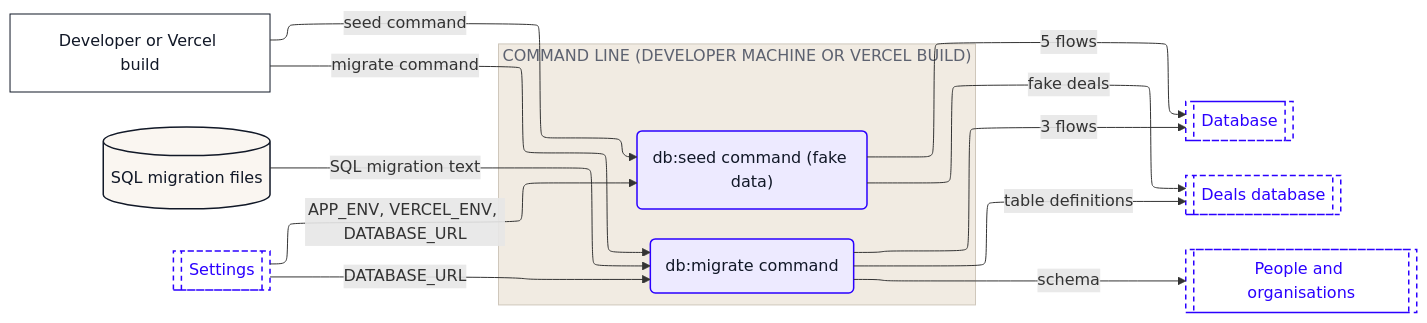
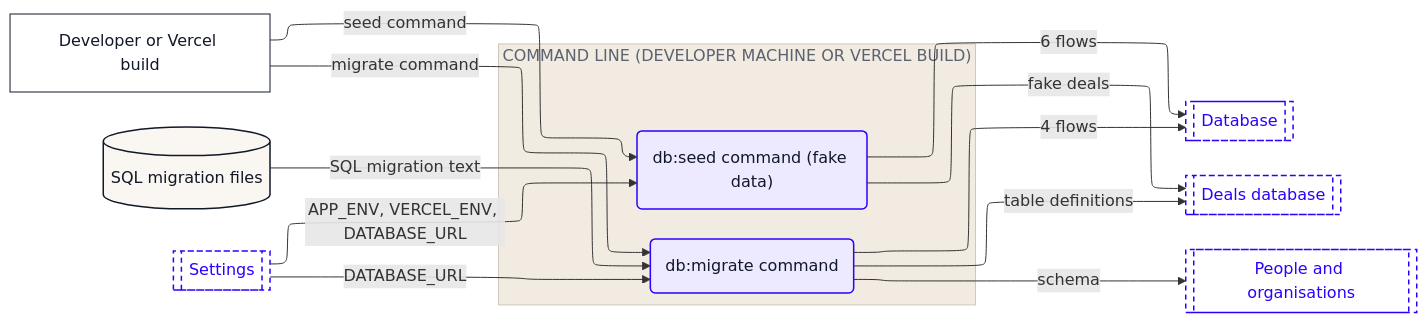
Before and after one commit to Romain-Perche/Barnacle-Pipe: the fourth of 10 diagrams in dataflow/DATAFLOW.md, drawn with Mermaid. The commit also changed other lines of this file and 11 other files, not shown here.

````diff
--- a/dataflow/DATAFLOW.md
+++ b/dataflow/DATAFLOW.md
@@ -216,38 +217,38 @@
 ```mermaid
 ---
 config:
   layout: elk
 ---
 flowchart LR
     n1["Developer or Vercel build"]
     n2[("SQL migration files")]
     subgraph z1["COMMAND LINE (DEVELOPER MACHINE OR VERCEL BUILD)"]
         n3("db:migrate command")
         n4("db:seed command (fake data)")
     end
     n5[["Database"]]
     n6[["Deals database"]]
     n7[["People and organisations"]]
     n8[["Settings"]]
     n1 -->|"migrate command"| n3
     n1 -->|"seed command"| n4
     n8 -->|"DATABASE_URL"| n3
     n8 -->|"APP_ENV, VERCEL_ENV, DATABASE_URL"| n4
-    n3 -->|"3 flows"| n5
+    n3 -->|"4 flows"| n5
     n3 -->|"table definitions"| n6
     n3 -->|"schema"| n7
     n2 -->|"SQL migration text"| n3
-    n4 -->|"5 flows"| n5
+    n4 -->|"6 flows"| n5
     n4 -->|"fake deals"| n6
     classDef actor fill:#FFFFFF,stroke:#111827,stroke-width:1px,color:#111827
     classDef process fill:#EDEAFF,stroke:#2B00FF,stroke-width:1.5px,color:#111827
     classDef store fill:#FAF6F1,stroke:#111827,stroke-width:1.5px,color:#111827
     classDef zone fill:#1A1A1A,stroke:#1A1A1A,color:#FFFFFF
     classDef group fill:#2B00FF,stroke:#2B00FF,color:#FFFFFF
     classDef stub fill:#FFFFFF,stroke:#2B00FF,stroke-width:1.5px,stroke-dasharray:5 4,color:#2B00FF
     class n1 actor
     class n3,n4 process
     class n2 store
     class n5,n6,n7,n8 stub
     style z1 fill:#F1EBE2,stroke:#CFC7BB,color:#5D6270
 ```
````
